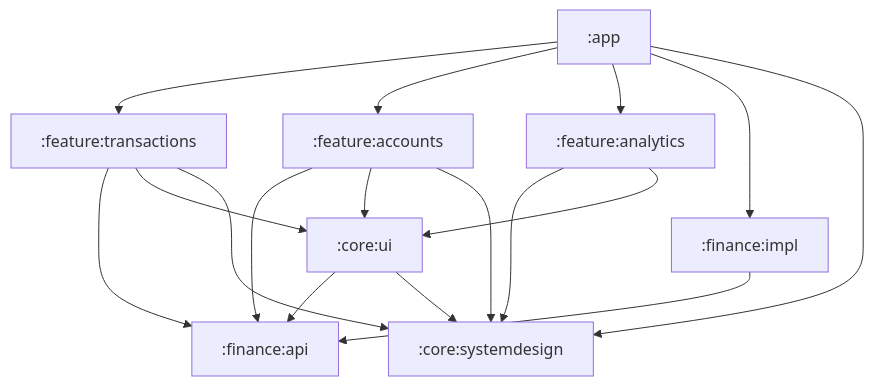
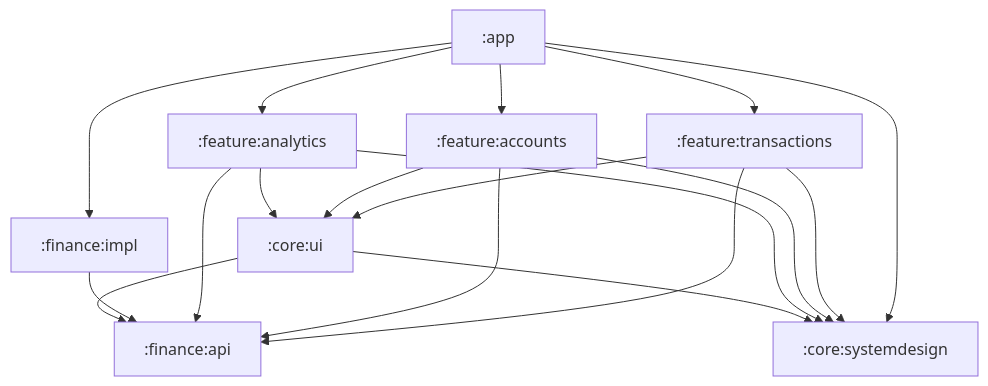
One commit to zagir005/ya_money changed the first of 3 diagrams in arch.md. Above: the diagram before and after it, drawn with Mermaid. The commit also changed other lines of this file and 29 other files, not shown here.

````diff
--- a/arch.md
+++ b/arch.md
@@ -48,32 +52,33 @@
 ```mermaid
 flowchart TD
     App[":app"]
     Transactions[":feature:transactions"]
     Accounts[":feature:accounts"]
     Analytics[":feature:analytics"]
     FinanceApi[":finance:api"]
     FinanceImpl[":finance:impl"]
     Ui[":core:ui"]
     SystemDesign[":core:systemdesign"]
 
     App --> Transactions
     App --> Accounts
     App --> Analytics
     App --> FinanceImpl
     App --> SystemDesign
 
     Transactions --> FinanceApi
     Transactions --> Ui
     Transactions --> SystemDesign
 
     Accounts --> FinanceApi
     Accounts --> Ui
     Accounts --> SystemDesign
 
+    Analytics --> FinanceApi
     Analytics --> SystemDesign
     Analytics --> Ui
 
     FinanceImpl --> FinanceApi
     Ui --> FinanceApi
     Ui --> SystemDesign
 ```
````
